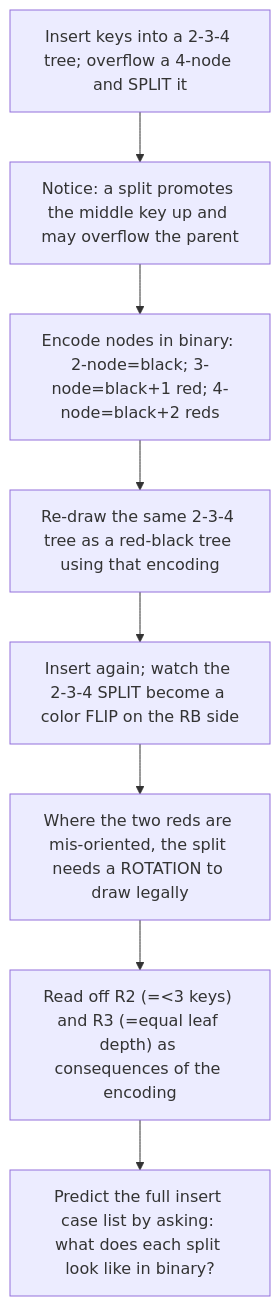
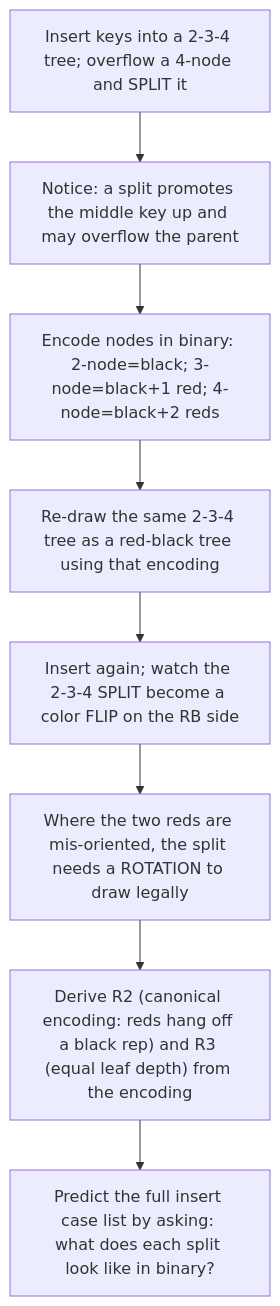
Before and after one commit to chess6/technical-learning: the diagram in docs/insight-brief-red-black-trees.md, drawn with Mermaid. The commit also changed other lines of this file and 1 other file, not shown here.

First line of the commit message:
Add red-black tree Stage 2 insight contract; audit brief

````diff
--- a/docs/insight-brief-red-black-trees.md
+++ b/docs/insight-brief-red-black-trees.md
@@ -349,10 +444,10 @@
 ```mermaid
 flowchart TD
   A["Insert keys into a 2-3-4 tree; overflow a 4-node and SPLIT it"] --> B["Notice: a split promotes the middle key up and may overflow the parent"]
   B --> C["Encode nodes in binary: 2-node=black; 3-node=black+1 red; 4-node=black+2 reds"]
   C --> D["Re-draw the same 2-3-4 tree as a red-black tree using that encoding"]
   D --> E["Insert again; watch the 2-3-4 SPLIT become a color FLIP on the RB side"]
   E --> F["Where the two reds are mis-oriented, the split needs a ROTATION to draw legally"]
-  F --> G["Read off R2 (=<3 keys) and R3 (=equal leaf depth) as consequences of the encoding"]
+  F --> G["Derive R2 (canonical encoding: reds hang off a black rep) and R3 (equal leaf depth) from the encoding"]
   G --> H["Predict the full insert case list by asking: what does each split look like in binary?"]
 ```
````
